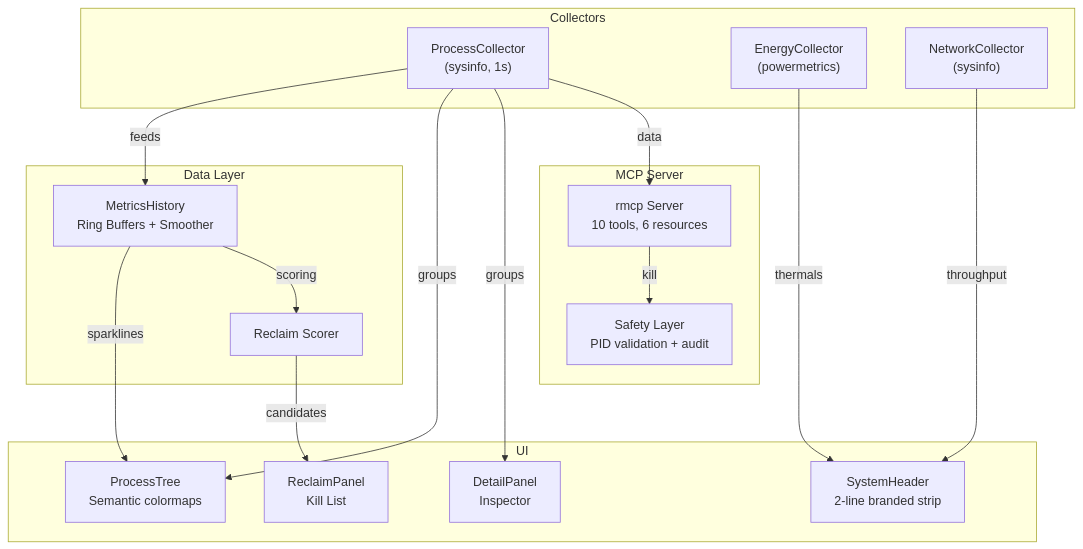
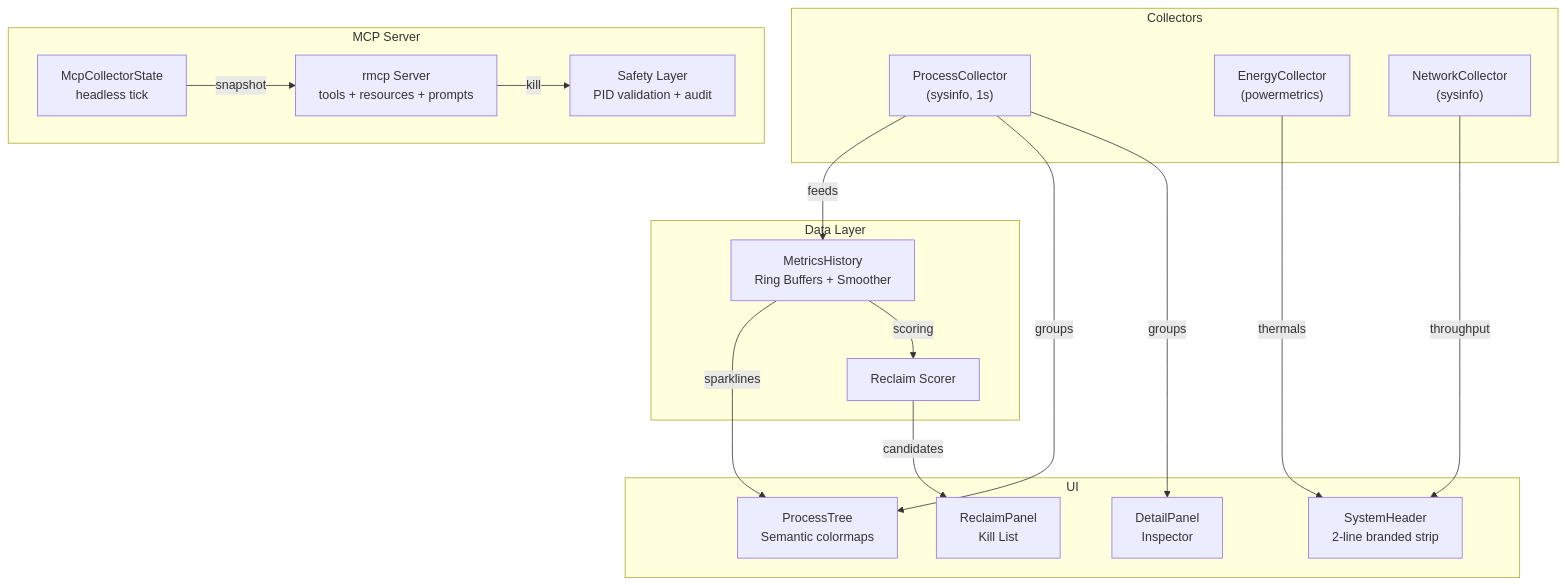
Before and after one commit to jeppsontaylor/MacJet: the first of 2 diagrams in docs/architecture.md, drawn with Mermaid. The commit also changed other lines of this file and 16 other files, not shown here.

First line of the commit message:
feat(mcp): live telemetry server with tools, resources, prompts

````diff
--- a/docs/architecture.md
+++ b/docs/architecture.md
@@ -9,36 +9,37 @@
 ```mermaid
 graph TD
     subgraph Collectors
         PC["ProcessCollector<br/>(sysinfo, 1s)"]
         EC["EnergyCollector<br/>(powermetrics)"]
         NC["NetworkCollector<br/>(sysinfo)"]
     end
 
     subgraph Data Layer
         MH["MetricsHistory<br/>Ring Buffers + Smoother"]
         RS["Reclaim Scorer"]
     end
 
     subgraph UI
         H["SystemHeader<br/>2-line branded strip"]
         PT["ProcessTree<br/>Semantic colormaps"]
         DP["DetailPanel<br/>Inspector"]
         RP["ReclaimPanel<br/>Kill List"]
     end
 
     subgraph MCP Server
-        FMP["rmcp Server<br/>10 tools, 6 resources"]
+        FMP["rmcp Server<br/>tools + resources + prompts"]
+        RT["McpCollectorState<br/>headless tick"]
         SAF["Safety Layer<br/>PID validation + audit"]
     end
 
     PC -->|feeds| MH
     MH -->|sparklines| PT
     MH -->|scoring| RS
     RS -->|candidates| RP
     PC -->|groups| PT
     PC -->|groups| DP
     EC -->|thermals| H
     NC -->|throughput| H
-    PC -->|data| FMP
+    RT -->|snapshot| FMP
     FMP -->|kill| SAF
 ```
````
